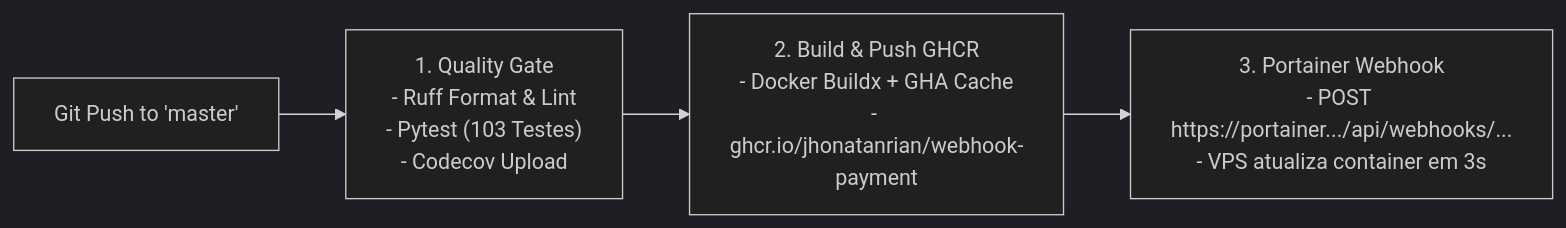
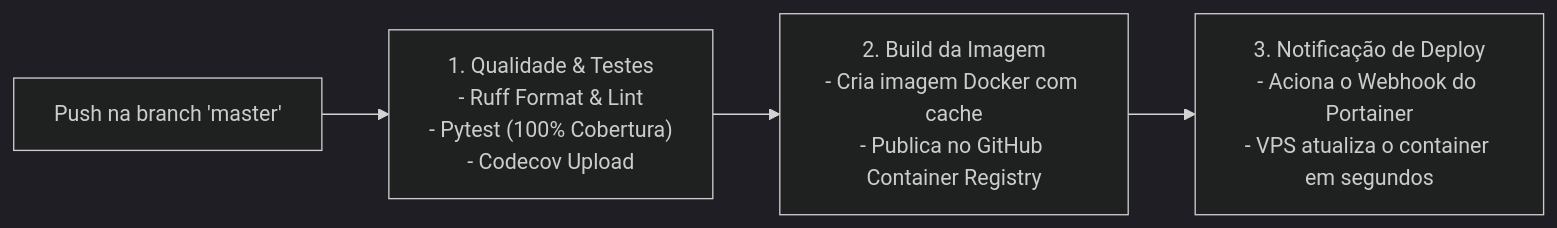
Before and after one commit to JhonatanRian/webhook-payment: the second of 2 diagrams in docs/deployment.md, drawn with Mermaid (dark theme). The commit also changed other lines of this file and 12 other files, not shown here.

````diff
--- a/docs/deployment.md
+++ b/docs/deployment.md
@@ -38,6 +37,6 @@
 ```mermaid
 flowchart LR
-    PUSH["Git Push to 'master'"] --> TEST["1. Quality Gate\n- Ruff Format & Lint\n- Pytest (103 Testes)\n- Codecov Upload"]
-    TEST --> BUILD["2. Build & Push GHCR\n- Docker Buildx + GHA Cache\n- ghcr.io/jhonatanrian/webhook-payment"]
-    BUILD --> PORTAINER["3. Portainer Webhook\n- POST https://portainer.../api/webhooks/...\n- VPS atualiza container em 3s"]
+    PUSH["Push na branch 'master'"] --> TEST["1. Qualidade & Testes\n- Ruff Format & Lint\n- Pytest (100% Cobertura)\n- Codecov Upload"]
+    TEST --> BUILD["2. Build da Imagem\n- Cria imagem Docker com cache\n- Publica no GitHub Container Registry"]
+    BUILD --> DEPLOY["3. Notificação de Deploy\n- Aciona o Webhook do Portainer\n- VPS atualiza o container em segundos"]
 ```
````
